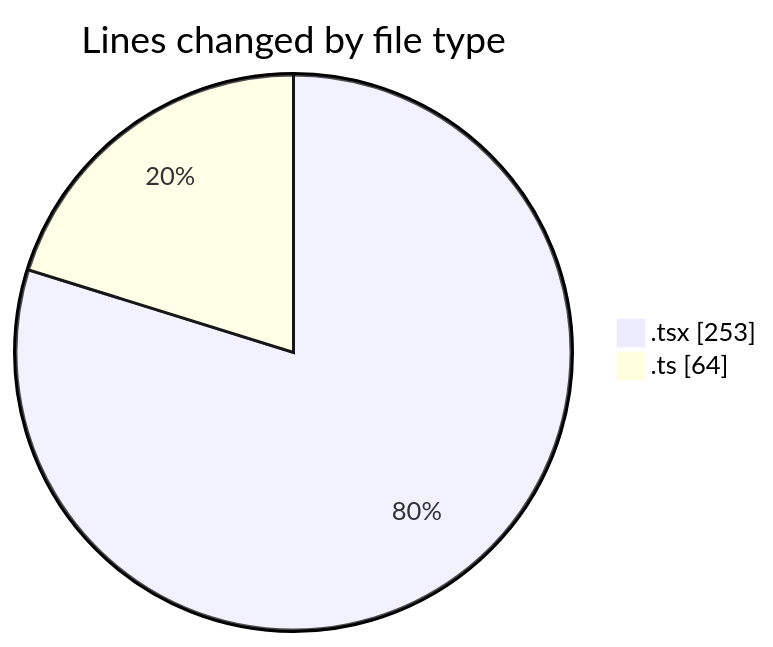
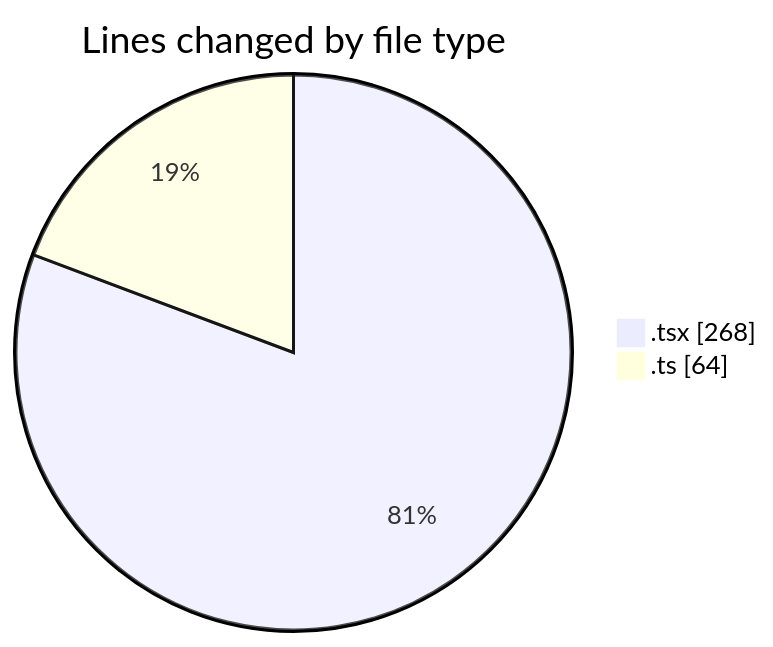
The first of 2 diagrams in 2026-04-20/airfeed-analytics-dashboard/README.md (nxtqubesakshisongat/code-tracking), drawn with Mermaid before and after one commit. The commit also changed other lines of this file and 1 other file, not shown here.

````diff
--- a/2026-04-20/airfeed-analytics-dashboard/README.md
+++ b/2026-04-20/airfeed-analytics-dashboard/README.md
@@ -21,6 +21,6 @@
 ```mermaid
 pie showData
 title Lines changed by file type
-".tsx" : 253
+".tsx" : 268
 ".ts" : 64
 ```
````
